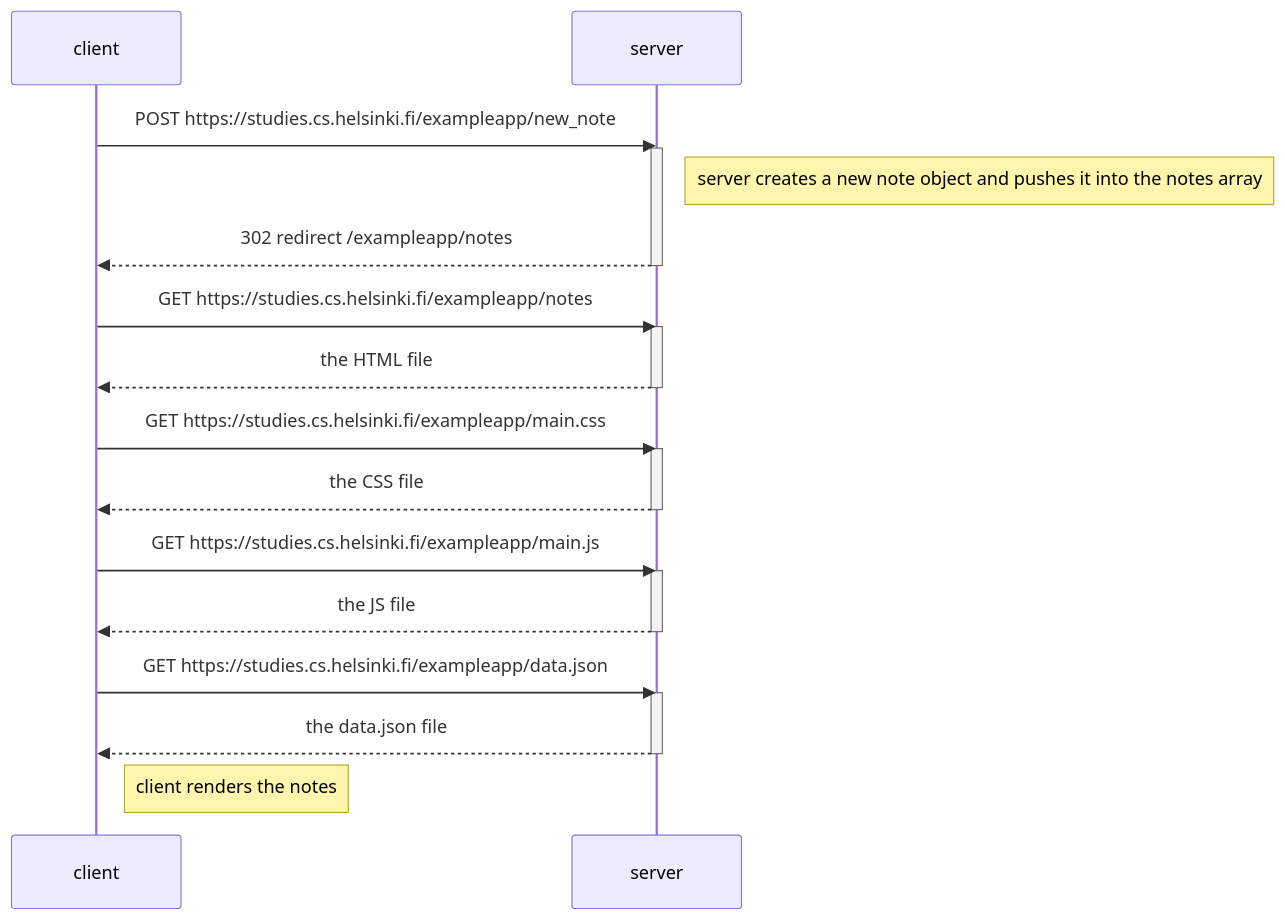
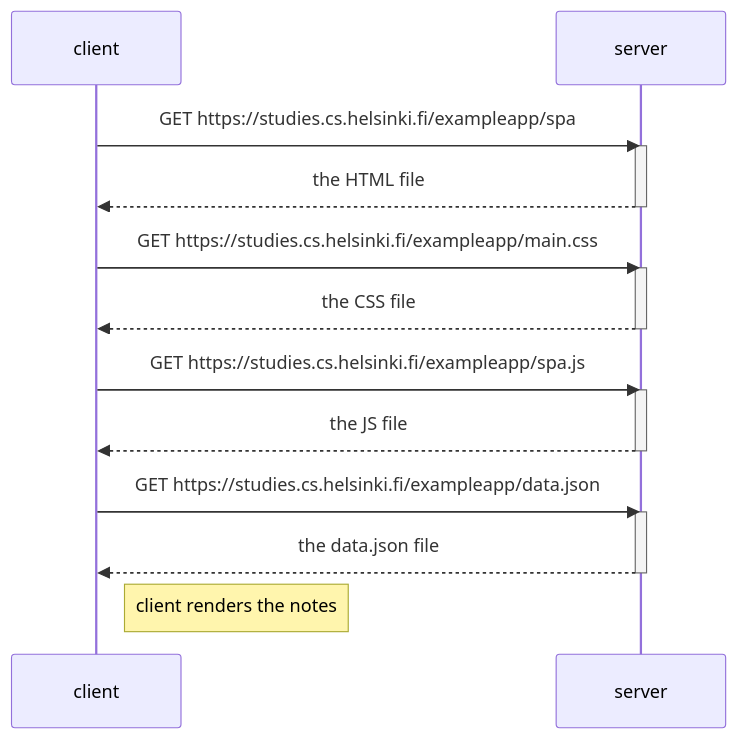
One commit to codenamecat/fullstackopen-course changed the diagram in part0-exercises/exercise0.5.md. Above: the diagram before and after it, drawn with Mermaid. The commit also changed other lines of this file, not shown here.

````diff
--- a/part0-exercises/exercise0.5.md
+++ b/part0-exercises/exercise0.5.md
@@ -7,33 +7,27 @@
 ```mermaid
     sequenceDiagram
         participant client
         participant server
         
-        client->>server: POST https://studies.cs.helsinki.fi/exampleapp/new_note
-        activate server
-        Note right of server: server creates a new note object and pushes it into the notes array
-        server-->>client: 302 redirect /exampleapp/notes
-        deactivate server
-        
-        client->>server: GET https://studies.cs.helsinki.fi/exampleapp/notes
+        client->>server: GET https://studies.cs.helsinki.fi/exampleapp/spa
         activate server
         server-->>client: the HTML file
         deactivate server
         
         client->>server: GET https://studies.cs.helsinki.fi/exampleapp/main.css
         activate server
         server-->>client: the CSS file
         deactivate server
         
-        client->>server: GET https://studies.cs.helsinki.fi/exampleapp/main.js
+        client->>server: GET https://studies.cs.helsinki.fi/exampleapp/spa.js
         activate server
         server-->>client: the JS file
         deactivate server
 
         client->>server: GET https://studies.cs.helsinki.fi/exampleapp/data.json
         activate server
         server-->>client: the data.json file
         deactivate server
 
         Note right of client: client renders the notes
 ```
````
